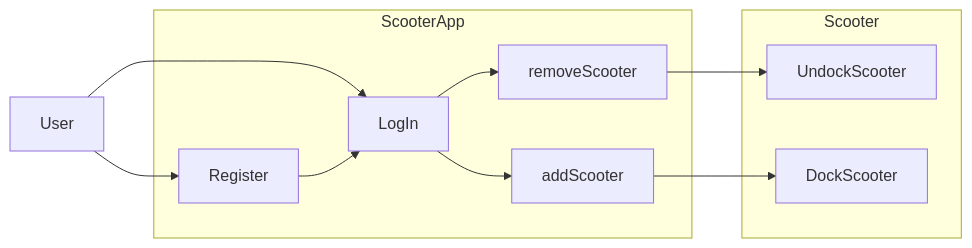
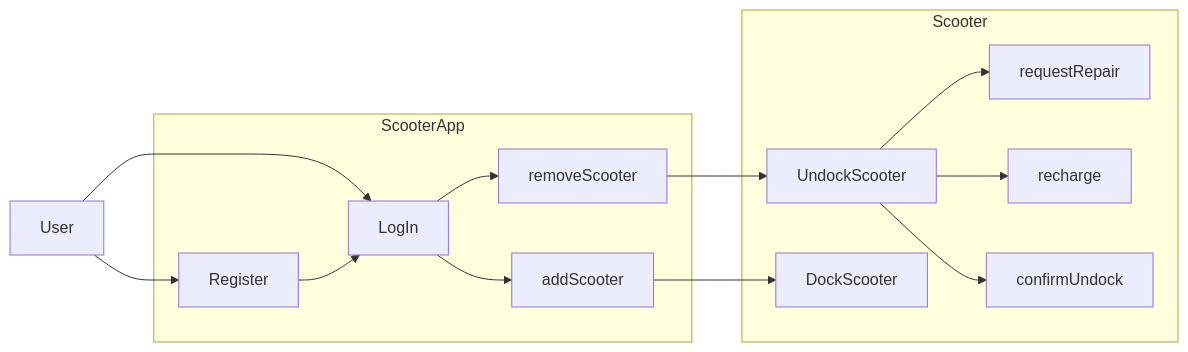
Before and after one commit to logiflo/scooter-project: the diagram in UML/useCaseDiagram.mmd, drawn with Mermaid.

Commit message:
Update use case UML.

```diff
--- a/UML/useCaseDiagram.mmd
+++ b/UML/useCaseDiagram.mmd
@@ -1,14 +1,17 @@
 flowchart LR
     User --> Register
     User --> LogIn
 
     subgraph ScooterApp
     Register --> LogIn
     LogIn --> removeScooter
     LogIn --> addScooter
     end
 
     subgraph Scooter
     removeScooter --> UndockScooter
+    UndockScooter --> requestRepair
+    UndockScooter --> recharge
+    UndockScooter --> confirmUndock
     addScooter --> DockScooter
     end
```
